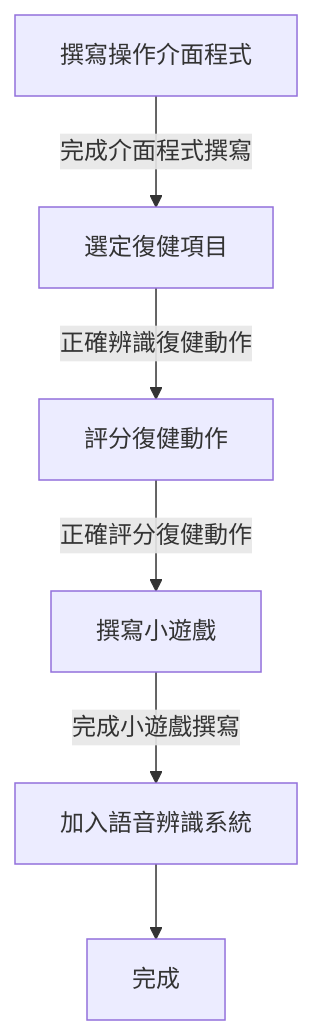
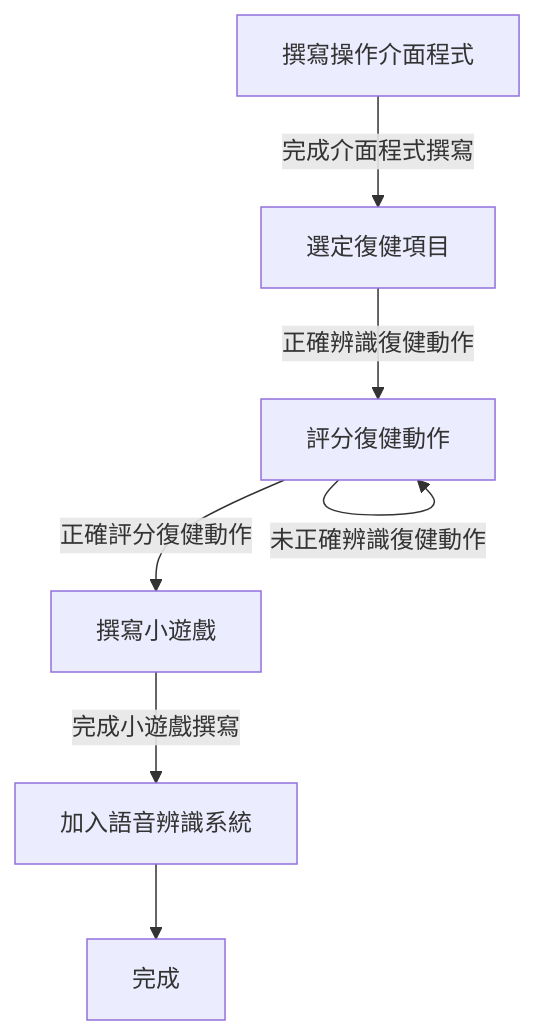
One commit to jamie-commander/Python_MediaPipe_Tk changed the second of 2 diagrams in README.md. Above: the diagram before and after it, drawn with Mermaid.

````diff
--- a/README.md
+++ b/README.md
@@ -14,8 +14,9 @@
 ```mermaid
         graph TD
         Big_Data_Catch[撰寫操作介面程式] -- 完成介面程式撰寫 --> Calc[選定復健項目]
         Calc -- 正確辨識復健動作 --> Analysis[評分復健動作]
+        Analysis -- 未正確辨識復健動作 --> Analysis
         Analysis -- 正確評分復健動作 --> feature[撰寫小遊戲]
         feature -- 完成小遊戲撰寫 --> backtrader[加入語音辨識系統]
         backtrader --> save[完成]
 ```
````
